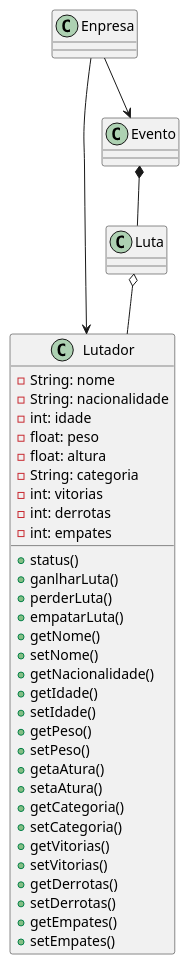
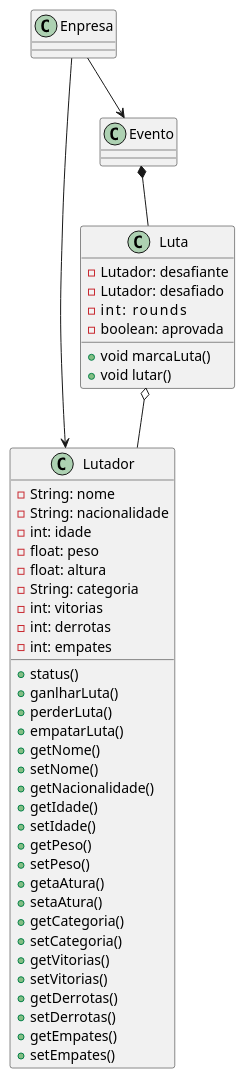
Before and after one commit to guisiq/ultraemojicombat: the diagram in exercicio.wsd, drawn with PlantUML. The commit also changed 1 other file, not shown here.

Commit message:
adicionando a clase Luta no diaagrama UML

```diff
--- a/exercicio.wsd
+++ b/exercicio.wsd
@@ -1,45 +1,51 @@
 @startuml teste 
 class Lutador{
     - String: nome
     - String: nacionalidade
     - int: idade
     - float: peso
     - float: altura
     - String: categoria
     - int: vitorias
     - int: derrotas
     - int: empates
 
     + status()
     + ganlharLuta()
     + perderLuta()
     + empatarLuta()
 
 
     + getNome()
     + setNome()
     + getNacionalidade()
     + getIdade()
     + setIdade()
     + getPeso()
     + setPeso()
     + getaAtura()
     + setaAtura()
     + getCategoria()
     + setCategoria()
     + getVitorias()
     + setVitorias()
     + getDerrotas()
     + setDerrotas()
     + getEmpates()
     + setEmpates()
     
 }
 class Luta{
+    - Lutador: desafiante
+    - Lutador: desafiado
+    - int:     rounds
+    - boolean: aprovada
 
+    + void marcaLuta()
+    + void lutar()
 }
 Evento *-- Luta
 Luta o-- Lutador
 Enpresa --> Lutador
 Enpresa --> Evento
 @enduml
```
